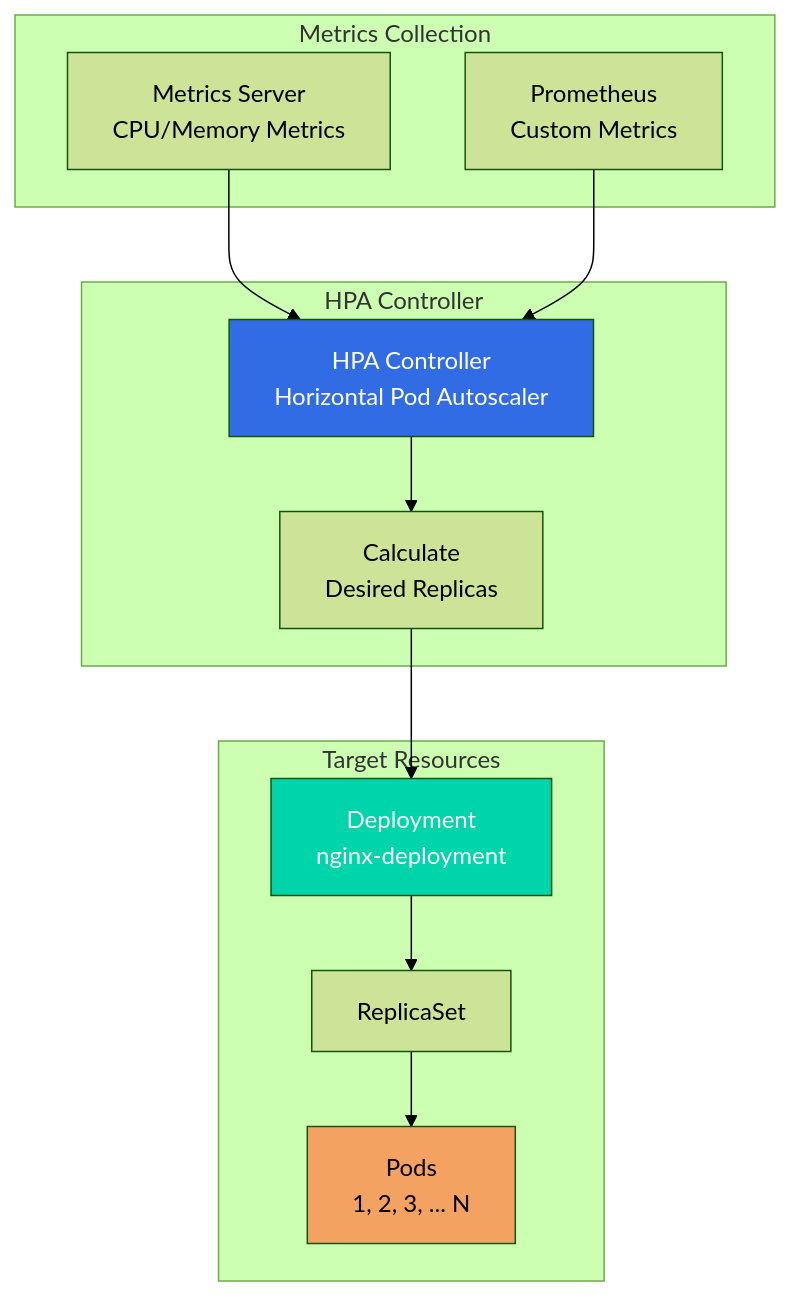
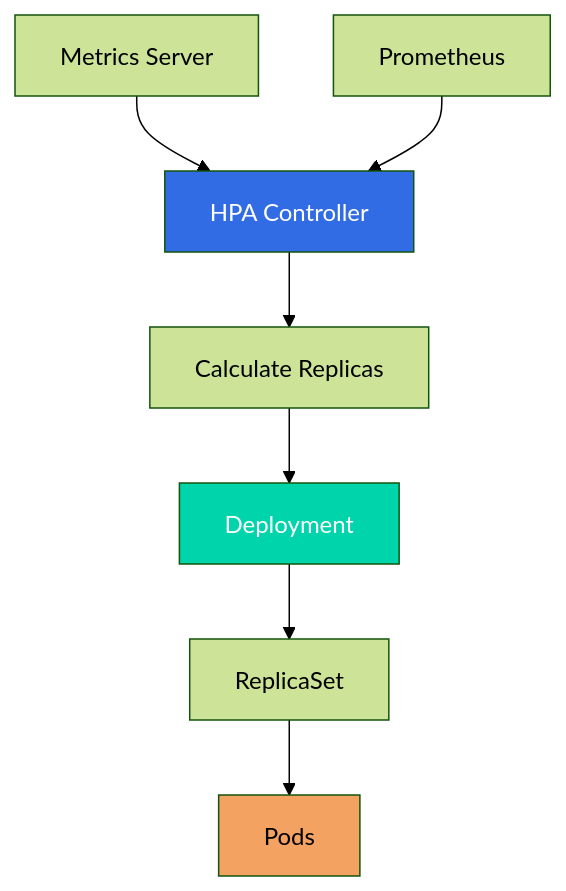
Diagram 28 of 33 in README.md (jayeshjd555/Kubernetes), drawn with Mermaid (forest theme) before and after one commit. The commit also changed other lines of this file, not shown here.

Commit message:
diagram fix

````diff
--- a/README.md
+++ b/README.md
@@ -10735,29 +10735,13 @@
 ```mermaid
-graph TB
-    subgraph Metrics["Metrics Collection"]
-        MS["Metrics Server<br/>CPU/Memory Metrics"]
-        PM["Prometheus<br/>Custom Metrics"]
-    end
-    
-    subgraph HPACtrl["HPA Controller"]
-        HPA["HPA Controller<br/>Horizontal Pod Autoscaler"]
-        Calc["Calculate<br/>Desired Replicas"]
-    end
-    
-    subgraph Targets["Target Resources"]
-        Dep["Deployment<br/>nginx-deployment"]
-        RS["ReplicaSet"]
-        Pods["Pods<br/>1, 2, 3, ... N"]
-    end
-    
-    MS --> HPA
-    PM --> HPA
-    HPA --> Calc
-    Calc --> Dep
-    Dep --> RS
-    RS --> Pods
+flowchart TB
+    MS[Metrics Server] --> HPA[HPA Controller]
+    PM[Prometheus] --> HPA
+    HPA --> Calc[Calculate Replicas]
+    Calc --> Dep[Deployment]
+    Dep --> RS[ReplicaSet]
+    RS --> Pods[Pods]
     
     style HPA fill:#326ce5,color:#fff
     style Dep fill:#00d4aa,color:#fff
     style Pods fill:#f4a261,color:#000
 ```
````
